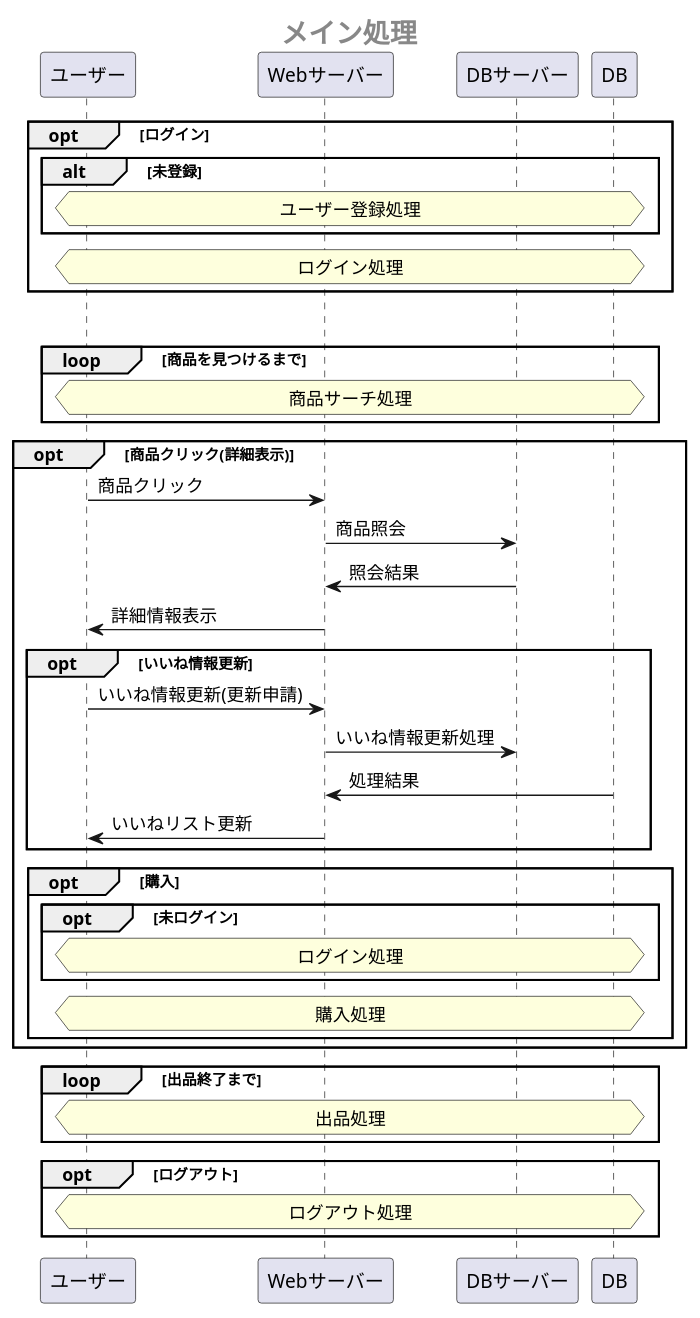
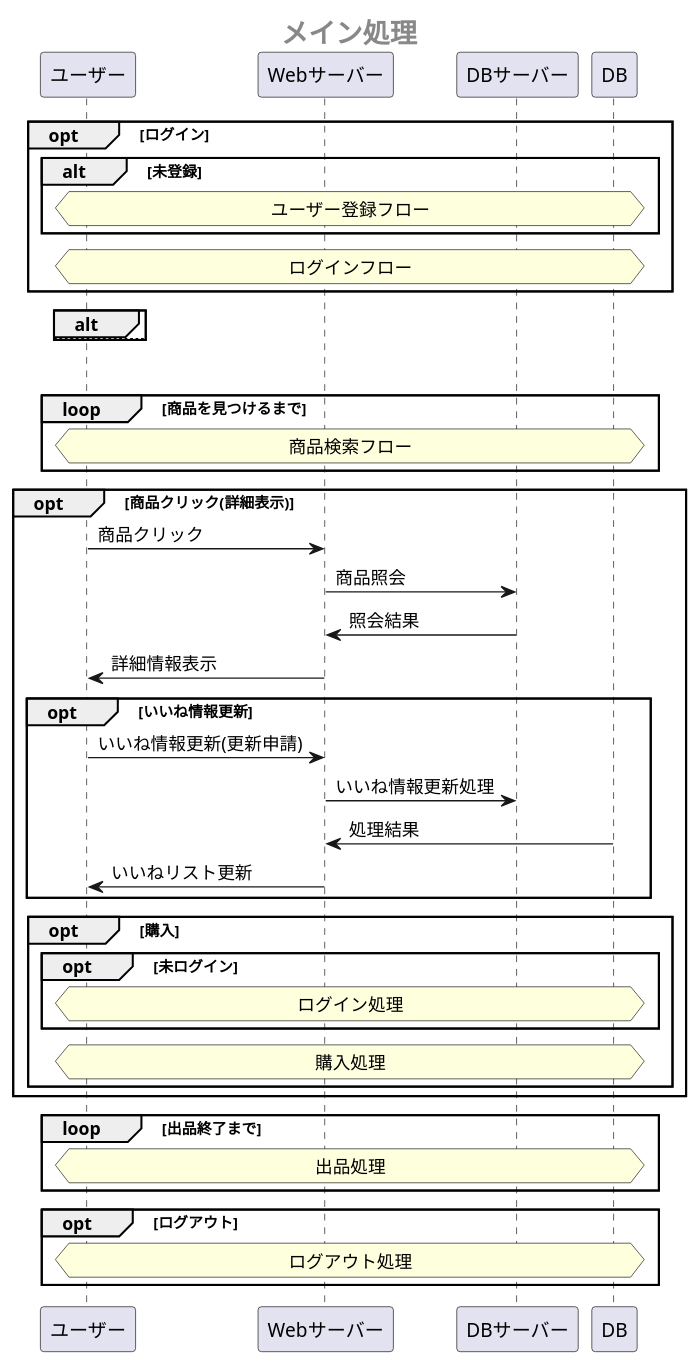
One commit to Aso2001385/NAISA changed the first of 7 diagrams in 設計書/02_業務フロー/2021-12-22BusinessFlow.md. Above: the diagram before and after it, drawn with PlantUML.

````diff
--- a/設計書/02_業務フロー/2021-12-22BusinessFlow.md
+++ b/設計書/02_業務フロー/2021-12-22BusinessFlow.md
@@ -1,47 +1,51 @@
 ```uml 
 @startuml 
  center header <size:20><b>メイン処理</b></size>
 
  opt ログイン
   alt 未登録
-  hnote across: ユーザー登録処理
+  hnote across: ユーザー登録フロー
   end
-  hnote across: ログイン処理
+  hnote across: ログインフロー
+ end
+ 
+ alt
+ else
  end
 
  loop 購入処理成功まで
   loop 商品を見つけるまで
-   hnote across: 商品サーチ処理
+   hnote across: 商品検索フロー
   end
 
  opt 商品クリック(詳細表示)
 ユーザー -> Webサーバー : 商品クリック
 Webサーバー -> DBサーバー : 商品照会
 DBサーバー -> Webサーバー : 照会結果
 Webサーバー -> ユーザー : 詳細情報表示
 
   opt いいね情報更新
    ユーザー -> Webサーバー:いいね情報更新(更新申請)
    Webサーバー -> DBサーバー:いいね情報更新処理
    DB -> Webサーバー:処理結果
    Webサーバー -> ユーザー:いいねリスト更新
   end
 
   opt 購入
    opt 未ログイン
      hnote across: ログイン処理
    end
    hnote across: 購入処理
   end
 
  end
  
  loop 出品終了まで
   hnote across: 出品処理
  end
 
  opt ログアウト
   hnote across: ログアウト処理
  end
 @enduml
 ```
````
